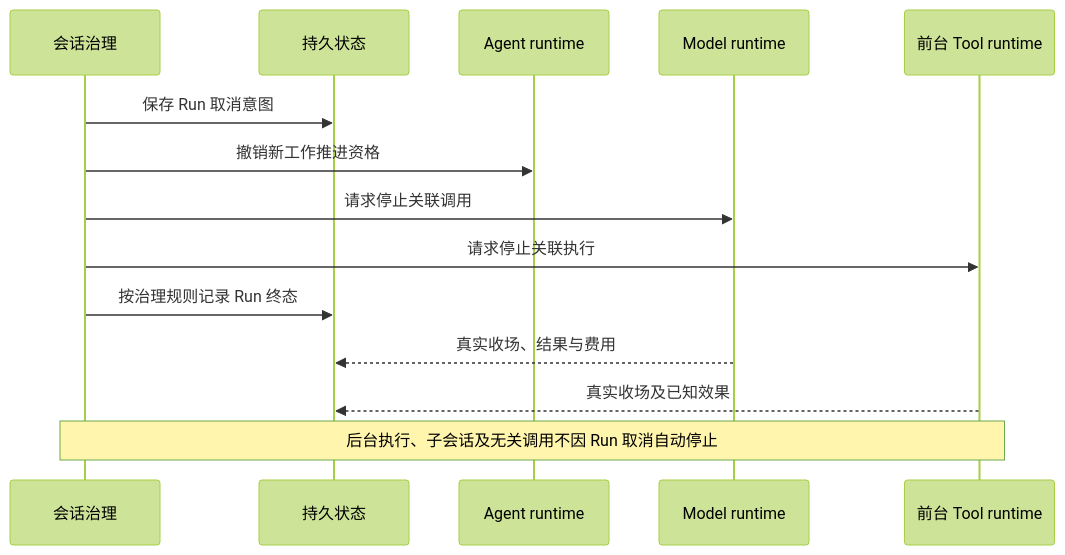
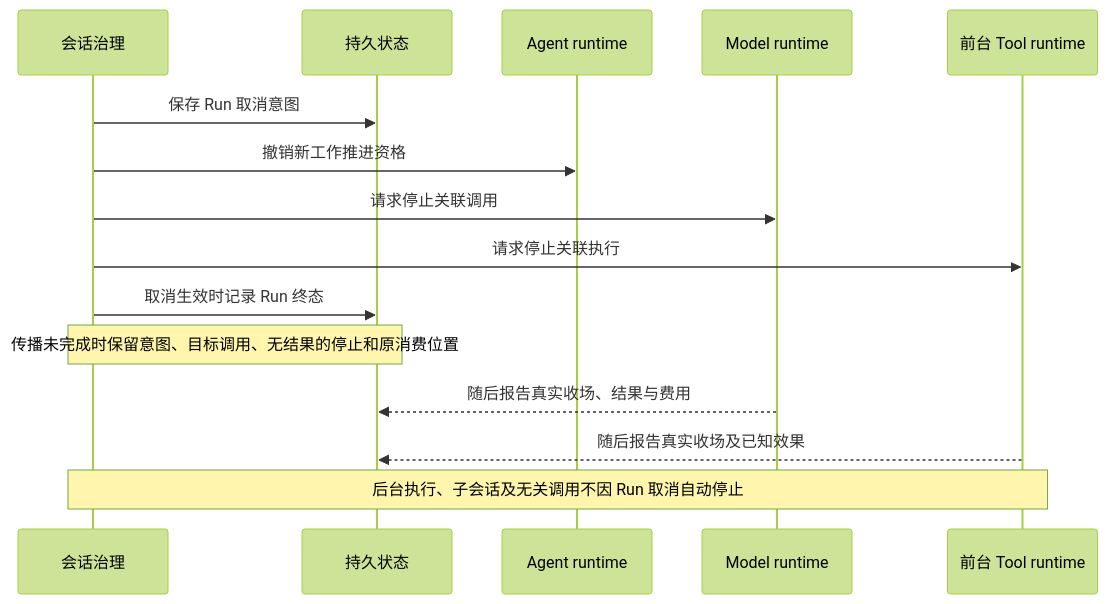
One commit to nemori-ai/omne-harness-lite changed the diagram in docs/architecture/runtime/control-and-recovery.md. Above: the diagram before and after it, drawn with Mermaid (forest theme). The commit also changed 6 other files, not shown here.

First line of the commit message:
docs(runtime): 为协作规则补上读图

````diff
--- a/docs/architecture/runtime/control-and-recovery.md
+++ b/docs/architecture/runtime/control-and-recovery.md
@@ -17,16 +17,17 @@
 ```mermaid
 sequenceDiagram
     participant G as 会话治理
     participant S as 持久状态
     participant A as Agent runtime
     participant M as Model runtime
     participant T as 前台 Tool runtime
     G->>S: 保存 Run 取消意图
     G->>A: 撤销新工作推进资格
     G->>M: 请求停止关联调用
     G->>T: 请求停止关联执行
-    G->>S: 按治理规则记录 Run 终态
-    M-->>S: 真实收场、结果与费用
-    T-->>S: 真实收场及已知效果
+    G->>S: 取消生效时记录 Run 终态
+    Note over G,S: 传播未完成时保留意图、目标调用、无结果的停止和原消费位置
+    M-->>S: 随后报告真实收场、结果与费用
+    T-->>S: 随后报告真实收场及已知效果
     Note over G,T: 后台执行、子会话及无关调用不因 Run 取消自动停止
 ```
````
